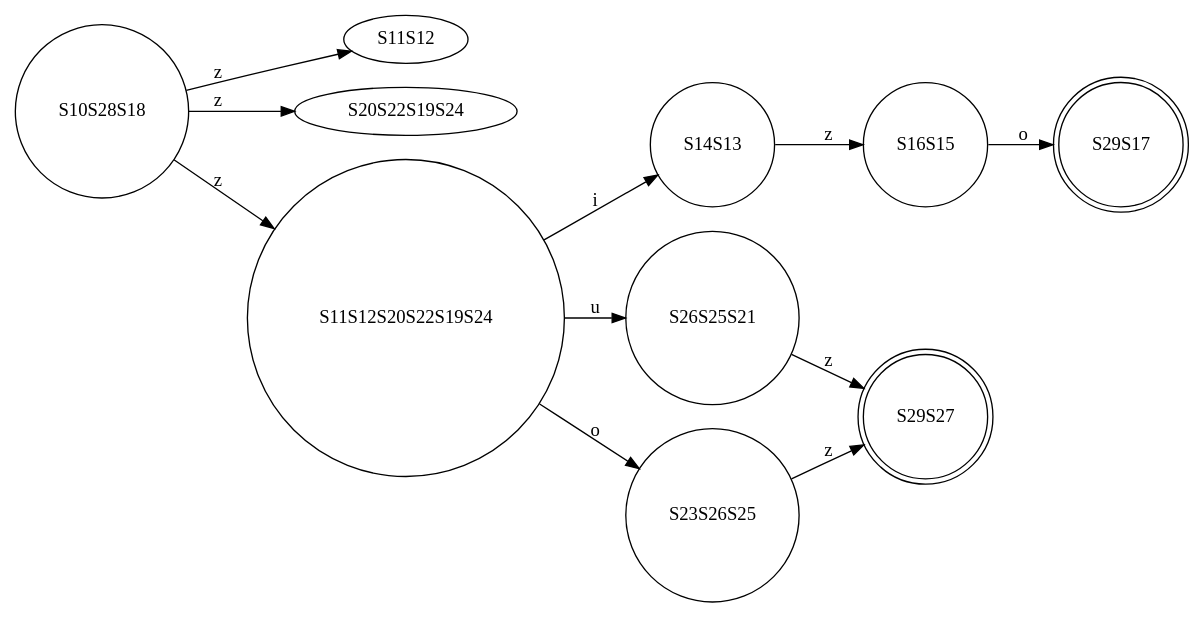
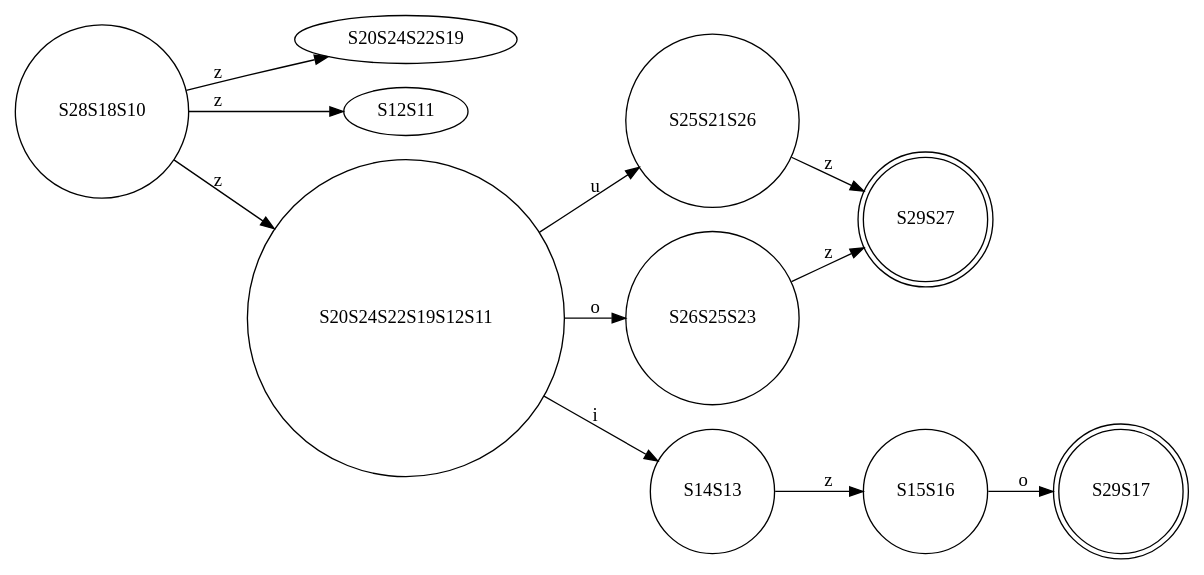
Before and after one commit to abdelazizSalah/RegExp_NFA_DFA_DFAMinimization: the diagram in finalCode/test-output/DFA.gv, drawn with Graphviz. The commit also changed 6 other files, not shown here.

```diff
--- a/finalCode/test-output/DFA.gv
+++ b/finalCode/test-output/DFA.gv
@@ -1,22 +1,22 @@
 // DFA graph
 digraph {
 	graph [rankdir=LR]
-	S10S28S18 [label=S10S28S18 shape=circle]
-	S10S28S18 -> S11S12 [label=z]
-	S10S28S18 -> S20S22S19S24 [label=z]
-	S10S28S18 -> S11S12S20S22S19S24 [label=z]
+	S28S18S10 [label=S28S18S10 shape=circle]
+	S28S18S10 -> S20S24S22S19 [label=z]
+	S28S18S10 -> S12S11 [label=z]
+	S28S18S10 -> S20S24S22S19S12S11 [label=z]
+	S25S21S26 [label=S25S21S26 shape=circle]
+	S25S21S26 -> S29S27 [label=z]
+	S26S25S23 [label=S26S25S23 shape=circle]
+	S26S25S23 -> S29S27 [label=z]
 	S14S13 [label=S14S13 shape=circle]
-	S14S13 -> S16S15 [label=z]
-	S26S25S21 [label=S26S25S21 shape=circle]
-	S26S25S21 -> S29S27 [label=z]
-	S23S26S25 [label=S23S26S25 shape=circle]
-	S23S26S25 -> S29S27 [label=z]
-	S16S15 [label=S16S15 shape=circle]
-	S16S15 -> S29S17 [label=o]
+	S14S13 -> S15S16 [label=z]
 	S29S27 [label=S29S27 shape=doublecircle]
+	S15S16 [label=S15S16 shape=circle]
+	S15S16 -> S29S17 [label=o]
 	S29S17 [label=S29S17 shape=doublecircle]
-	S11S12S20S22S19S24 [label=S11S12S20S22S19S24 shape=circle]
-	S11S12S20S22S19S24 -> S14S13 [label=i]
-	S11S12S20S22S19S24 -> S26S25S21 [label=u]
-	S11S12S20S22S19S24 -> S23S26S25 [label=o]
+	S20S24S22S19S12S11 [label=S20S24S22S19S12S11 shape=circle]
+	S20S24S22S19S12S11 -> S25S21S26 [label=u]
+	S20S24S22S19S12S11 -> S26S25S23 [label=o]
+	S20S24S22S19S12S11 -> S14S13 [label=i]
 }
```
